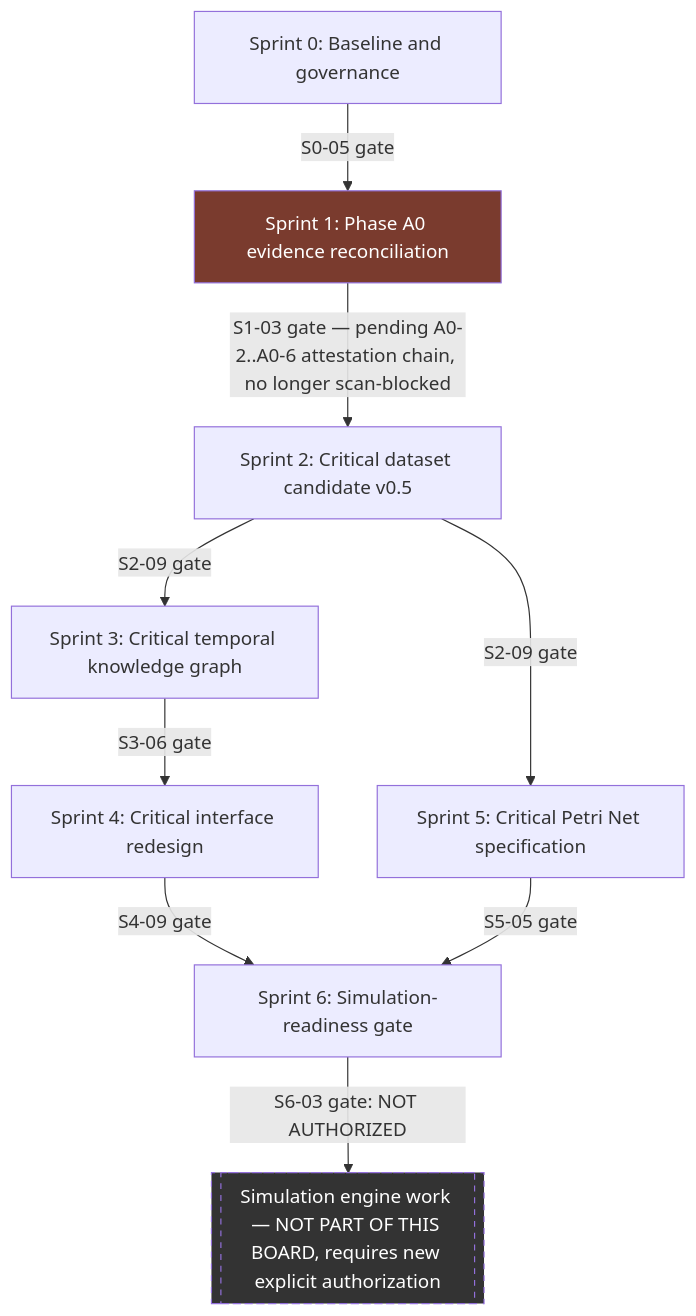
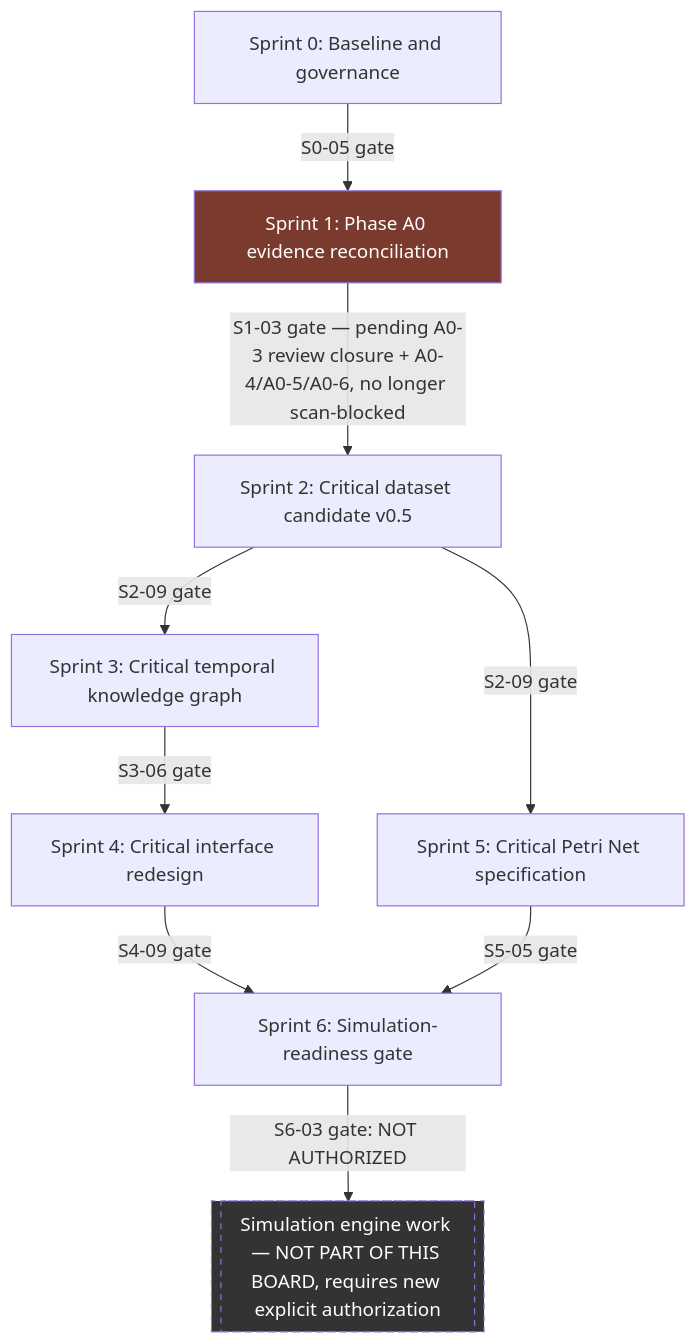
Before and after one commit to mhdikbal/westkust-routes: the diagram in docs/enclave/implementation/ENCLAVE_1682_MASTER_SPRINT_BOARD.md, drawn with Mermaid. The commit also changed other lines of this file and 3 other files, not shown here.

````diff
--- a/docs/enclave/implementation/ENCLAVE_1682_MASTER_SPRINT_BOARD.md
+++ b/docs/enclave/implementation/ENCLAVE_1682_MASTER_SPRINT_BOARD.md
@@ -46,14 +46,14 @@
 ```mermaid
 graph TD
     S0[Sprint 0: Baseline and governance] -->|S0-05 gate| S1[Sprint 1: Phase A0 evidence reconciliation]
-    S1 -->|S1-03 gate — pending A0-2..A0-6 attestation chain, no longer scan-blocked| S2[Sprint 2: Critical dataset candidate v0.5]
+    S1 -->|S1-03 gate — pending A0-3 review closure + A0-4/A0-5/A0-6, no longer scan-blocked| S2[Sprint 2: Critical dataset candidate v0.5]
     S2 -->|S2-09 gate| S3[Sprint 3: Critical temporal knowledge graph]
     S2 -->|S2-09 gate| S5[Sprint 5: Critical Petri Net specification]
     S3 -->|S3-06 gate| S4[Sprint 4: Critical interface redesign]
     S4 -->|S4-09 gate| S6[Sprint 6: Simulation-readiness gate]
     S5 -->|S5-05 gate| S6
     S6 -->|S6-03 gate: NOT AUTHORIZED| SIM[["Simulation engine work — NOT PART OF THIS BOARD, requires new explicit authorization"]]
 
     style S1 fill:#7a3b2e,color:#fff
     style SIM fill:#333,color:#fff,stroke-dasharray: 5 5
 ```
````
